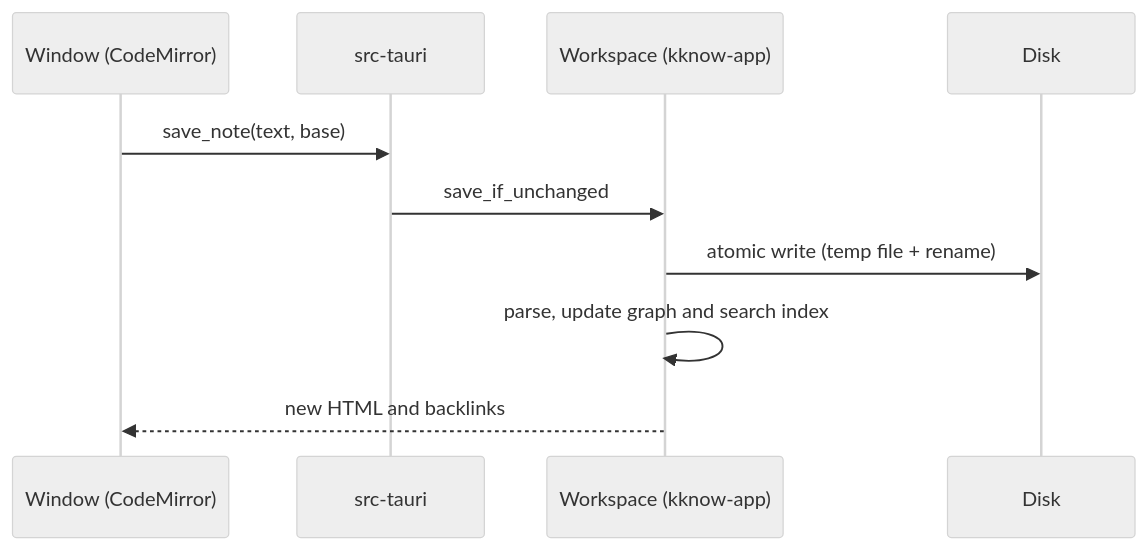
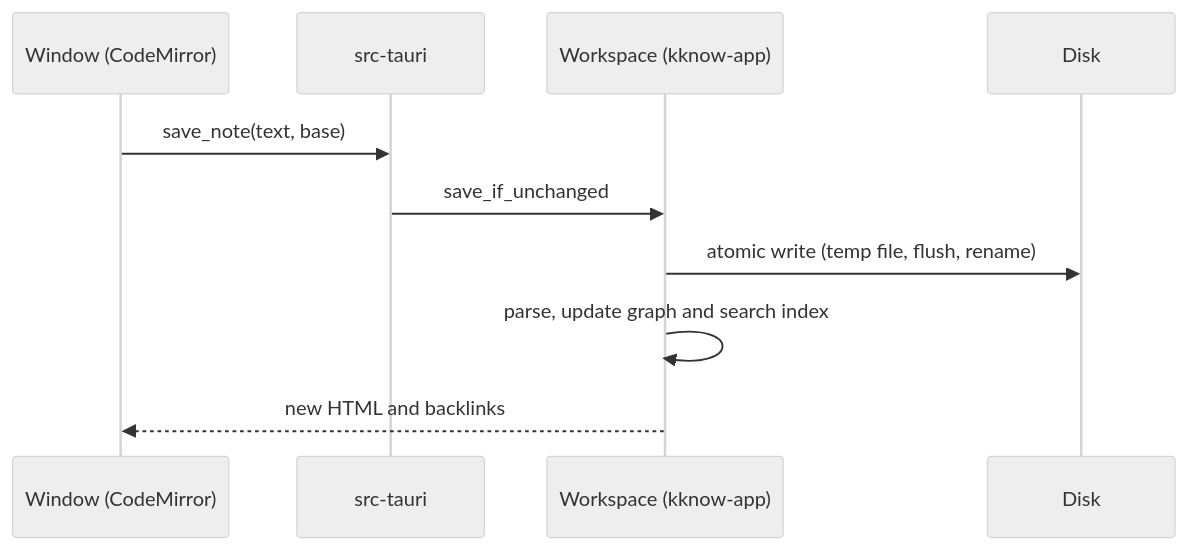
Before and after one commit to akuchin/kknow: the second of 5 diagrams in site/architecture.md, drawn with Mermaid (neutral theme). The commit also changed other lines of this file and 62 other files, not shown here.

First line of the commit message:
Add the atomic write helper, clean kknow-run and fix the remaining clean code items

````diff
--- a/site/architecture.md
+++ b/site/architecture.md
@@ -76,12 +81,12 @@
 ```mermaid
 sequenceDiagram
   participant UI as Window (CodeMirror)
   participant T as src-tauri
   participant W as Workspace (kknow-app)
   participant D as Disk
   UI->>T: save_note(text, base)
   T->>W: save_if_unchanged
-  W->>D: atomic write (temp file + rename)
+  W->>D: atomic write (temp file, flush, rename)
   W->>W: parse, update graph and search index
   W-->>UI: new HTML and backlinks
 ```
````
